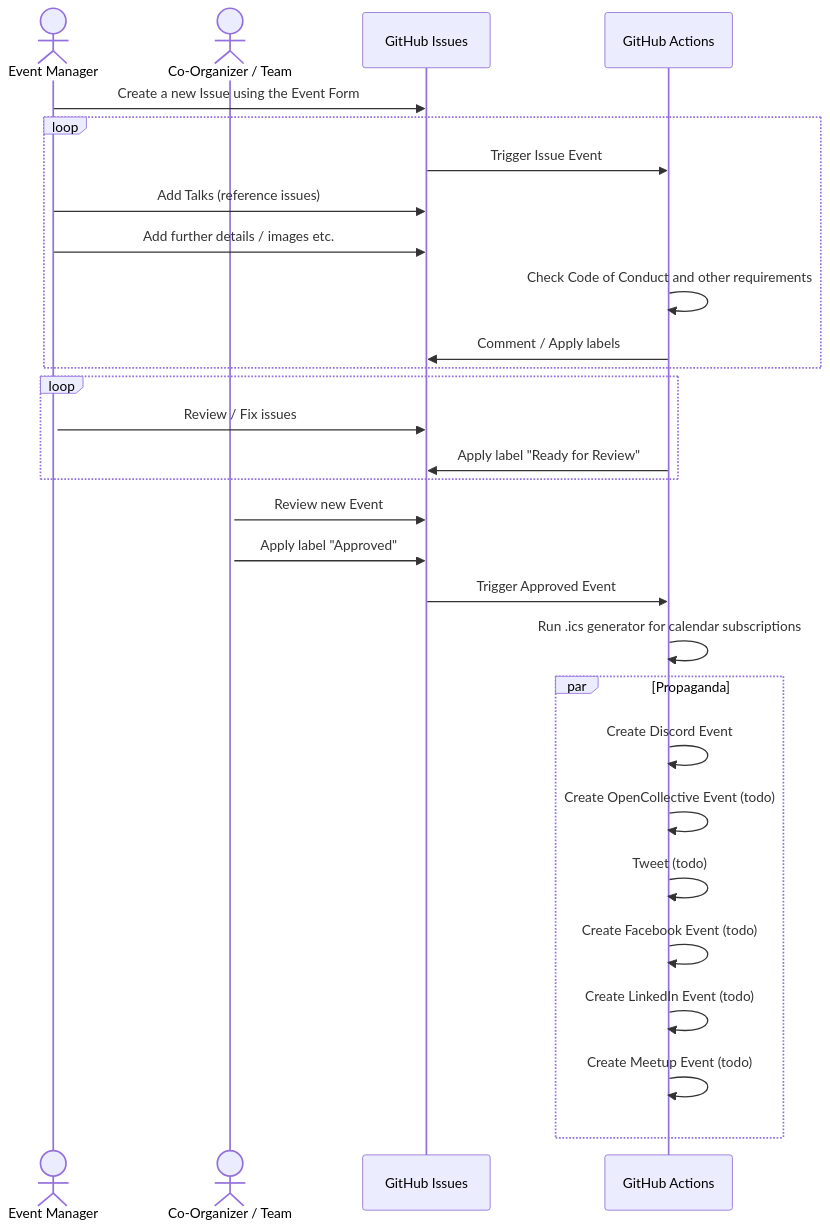
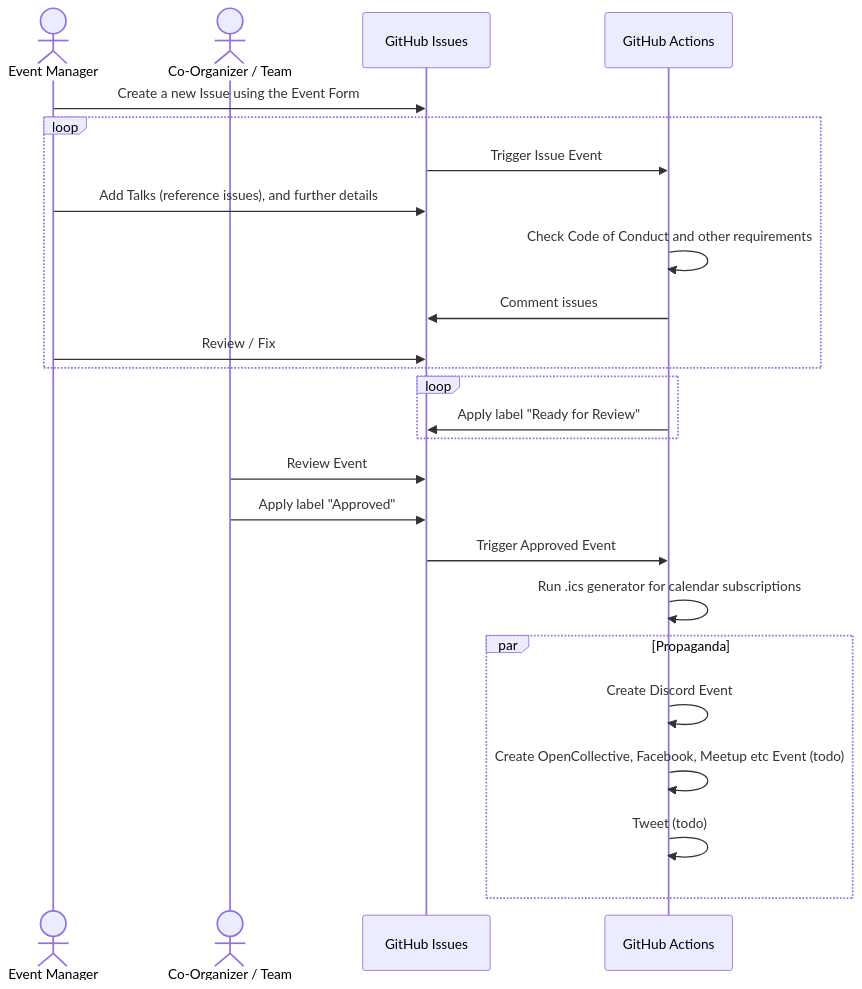
One commit to gitevents/.github changed the diagram in profile/README.md. Above: the diagram before and after it, drawn with Mermaid.

Commit message:
add mermaid diagram for explanation

````diff
--- a/profile/README.md
+++ b/profile/README.md
@@ -29,34 +29,28 @@
 ```mermaid
 sequenceDiagram
     actor EM as Event Manager
     actor CO as Co-Organizer / Team
     participant GI as GitHub Issues
     participant GA as GitHub Actions
 
     EM->>GI: Create a new Issue using the Event Form
     loop
     GI->>GA: Trigger Issue Event
-    EM->>GI: Add Talks (reference issues)
-    EM->>GI: Add further details / images etc.
+    EM->>GI: Add Talks (reference issues), and further details
     GA->>GA: Check Code of Conduct and other requirements
-    GA->>GI: Comment / Apply labels
-    activate EM
+    GA->>GI: Comment issues
+    EM->>GI: Review / Fix
     end
     loop
-    EM->>GI: Review / Fix issues
     GA->>GI: Apply label "Ready for Review"
-    activate CO
     end
-    CO->>GI: Review new Event
+    CO->>GI: Review Event
     CO->>GI: Apply label "Approved"
     GI->>GA: Trigger Approved Event
     GA->>GA: Run .ics generator for calendar subscriptions
     par Propaganda
     GA->>GA: Create Discord Event
-    GA->>GA: Create OpenCollective Event (todo)
+    GA->>GA: Create OpenCollective, Facebook, Meetup etc Event (todo)
     GA->>GA: Tweet (todo)
-    GA->>GA: Create Facebook Event (todo)
-    GA->>GA: Create LinkedIn Event (todo)
-    GA->>GA: Create Meetup Event (todo)
     end
 ```
````
